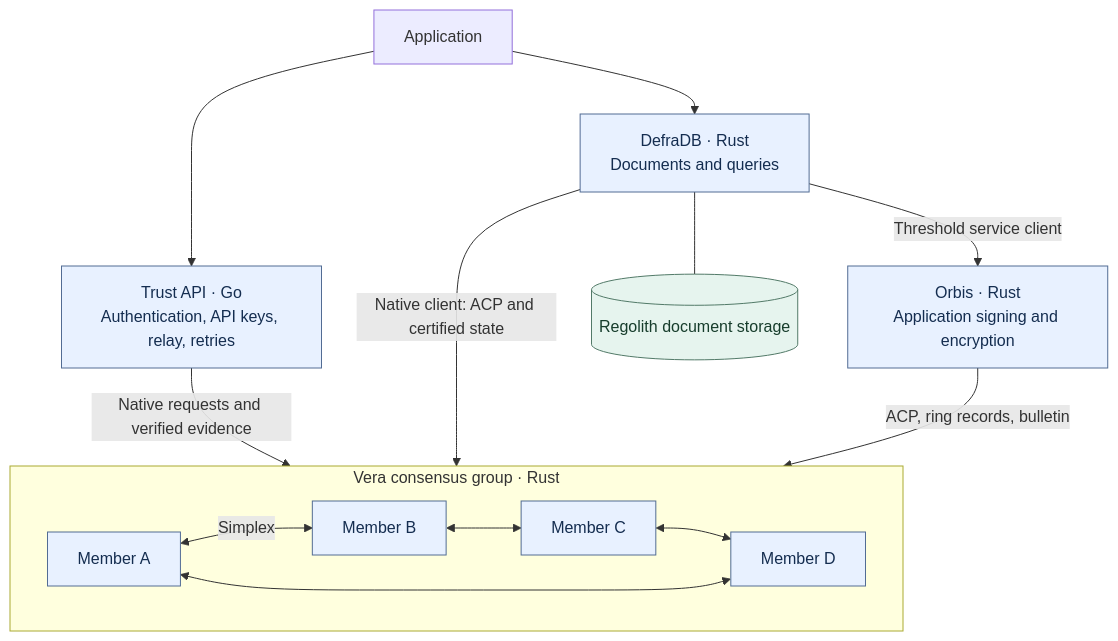
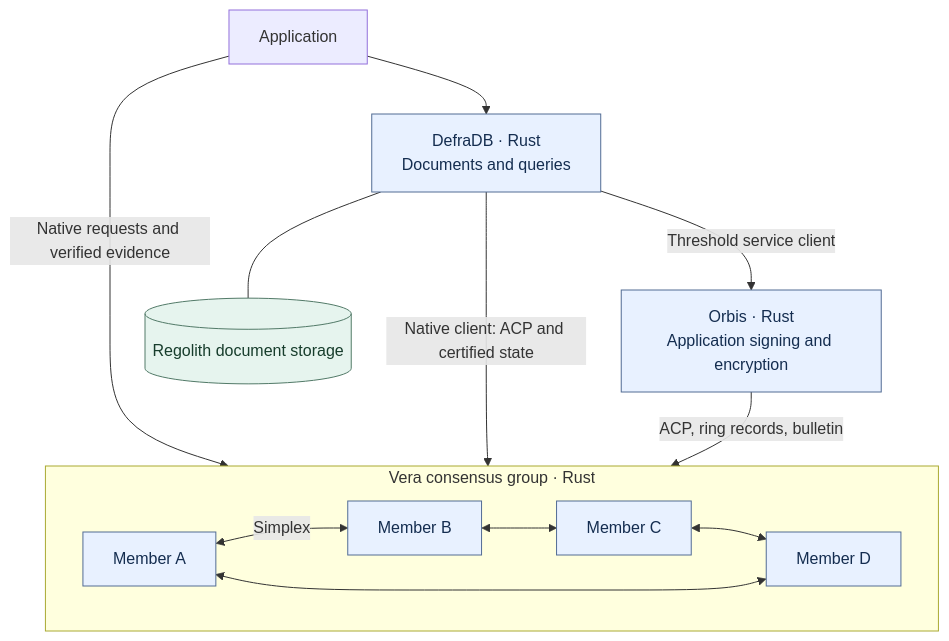
The first of 7 diagrams in docs/architecture.md (sourcenetwork/vera.rs), drawn with Mermaid before and after one commit. The commit also changed other lines of this file and 40 other files, not shown here.

````diff
--- a/docs/architecture.md
+++ b/docs/architecture.md
@@ -20,28 +20,26 @@
 ```mermaid
 flowchart TB
     App[Application]
-    Trust[Trust API · Go<br/>Authentication, API keys, relay, retries]
     Defra[DefraDB · Rust<br/>Documents and queries]
     Orbis[Orbis · Rust<br/>Application signing and encryption]
     subgraph Vera[Vera consensus group · Rust]
         V1[Member A]
         V2[Member B]
         V3[Member C]
         V4[Member D]
         V1 <-->|Simplex| V2
         V2 <--> V3
         V3 <--> V4
         V4 <--> V1
     end
-    App --> Trust
     App --> Defra
-    Trust -->|Native requests and verified evidence| Vera
+    App -->|Native requests and verified evidence| Vera
     Defra -->|Native client: ACP and certified state| Vera
     Defra -->|Threshold service client| Orbis
     Orbis -->|ACP, ring records, bulletin| Vera
     Defra --- Documents[(Regolith document storage)]
     classDef service fill:#e8f1ff,stroke:#526c94,color:#142d50
     classDef storage fill:#e6f4ee,stroke:#527a68,color:#173d2c
-    class Trust,Defra,Orbis,V1,V2,V3,V4 service
+    class Defra,Orbis,V1,V2,V3,V4 service
     class Documents storage
 ```
````
